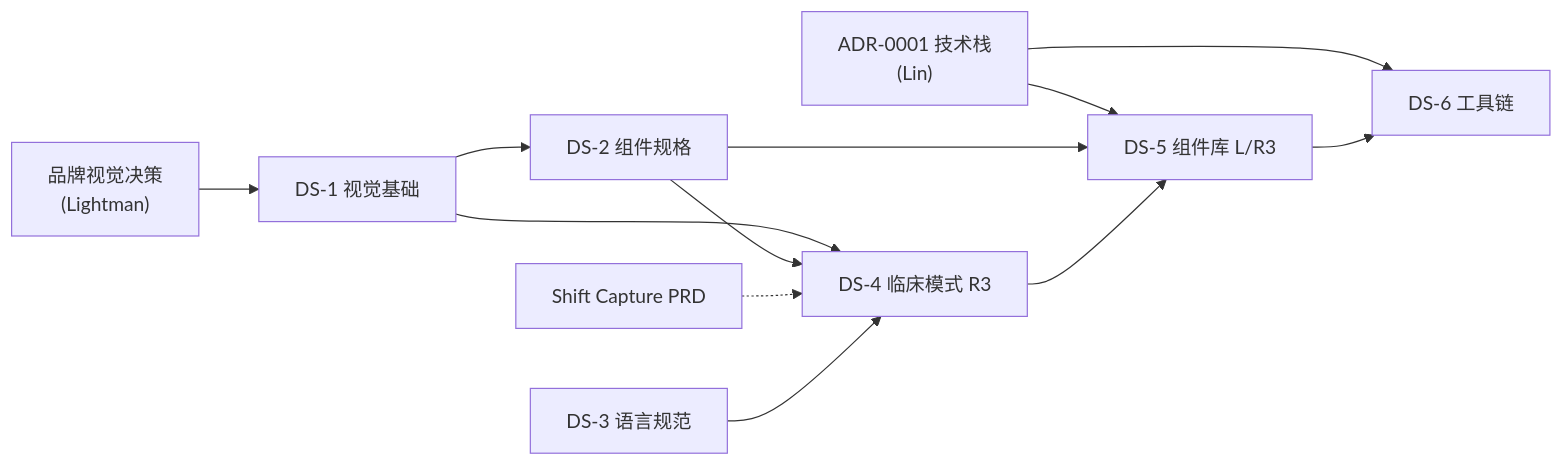
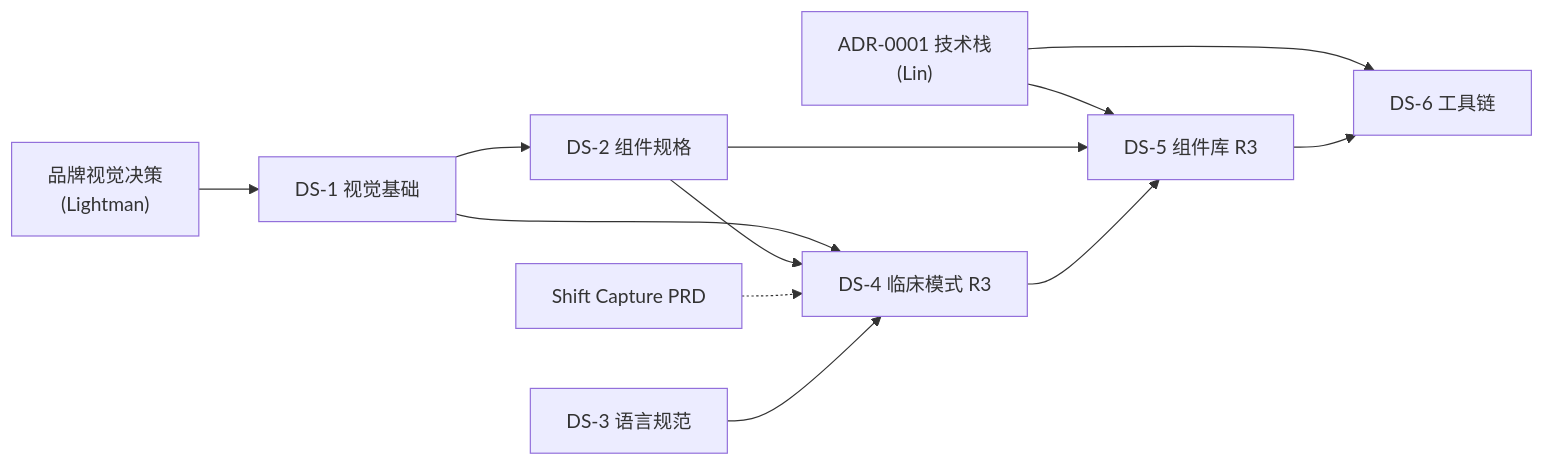
One commit to Metatree-AI-Lab/carekind changed the diagram in docs/prds/2026-10-11-carekind-design-system.md. Above: the diagram before and after it, drawn with Mermaid. The commit also changed other lines of this file and 9 other files, not shown here.

````diff
--- a/docs/prds/2026-10-11-carekind-design-system.md
+++ b/docs/prds/2026-10-11-carekind-design-system.md
@@ -84,14 +86,14 @@
 ```mermaid
 flowchart LR
 	BR["品牌视觉决策<br/>(Lightman)"] --> DS1["DS-1 视觉基础"]
 	DS1 --> DS2["DS-2 组件规格"]
 	DS1 --> DS4["DS-4 临床模式 R3"]
 	DS2 --> DS4
 	SC["Shift Capture PRD"] -.-> DS4
 	DS3["DS-3 语言规范"] --> DS4
-	ADR["ADR-0001 技术栈<br/>(Lin)"] --> DS5["DS-5 组件库 L/R3"]
+	ADR["ADR-0001 技术栈<br/>(Lin)"] --> DS5["DS-5 组件库 R3"]
 	ADR --> DS6["DS-6 工具链"]
 	DS2 --> DS5
 	DS4 --> DS5
 	DS5 --> DS6
 ```
````
